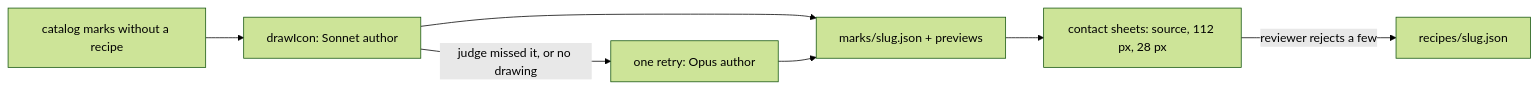
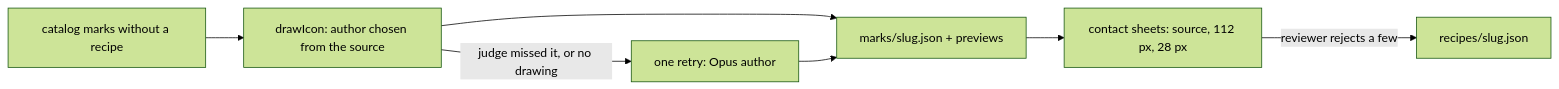
Before and after one commit to shpitdev/sketchi: the diagram in tools/icon-batch/README.md, drawn with Mermaid (forest theme). The commit also changed other lines of this file and 5 other files, not shown here.

Commit message:
feat(icons): let the batch's first draw take the author the source calls for, like the draw service (#744)

````diff
--- a/tools/icon-batch/README.md
+++ b/tools/icon-batch/README.md
@@ -8,9 +8,9 @@
 ```mermaid
 flowchart LR
-  Catalog["catalog marks without a recipe"] --> Draw["drawIcon: Sonnet author"]
+  Catalog["catalog marks without a recipe"] --> Draw["drawIcon: author chosen from the source"]
   Draw -->|"judge missed it, or no drawing"| Retry["one retry: Opus author"]
   Draw --> Ledger["marks/slug.json + previews"]
   Retry --> Ledger
   Ledger --> Sheets["contact sheets: source, 112 px, 28 px"]
   Sheets -->|"reviewer rejects a few"| Promote["recipes/slug.json"]
 ```
````
